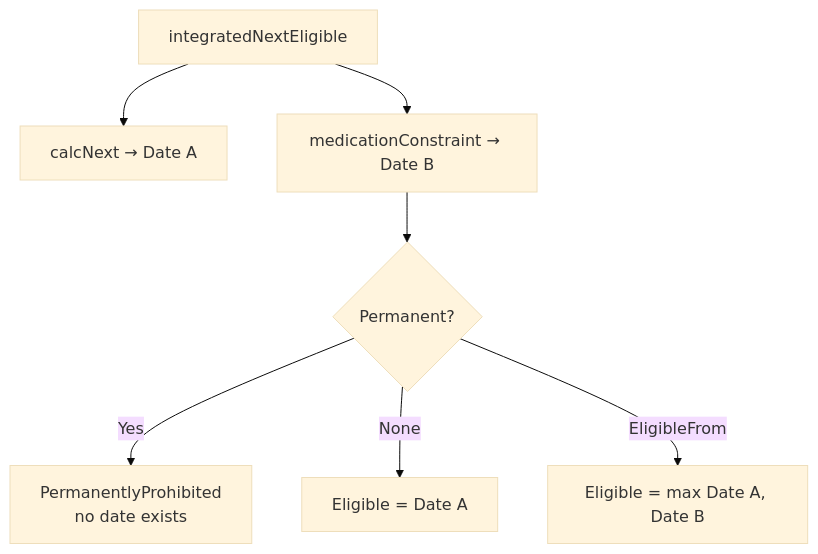
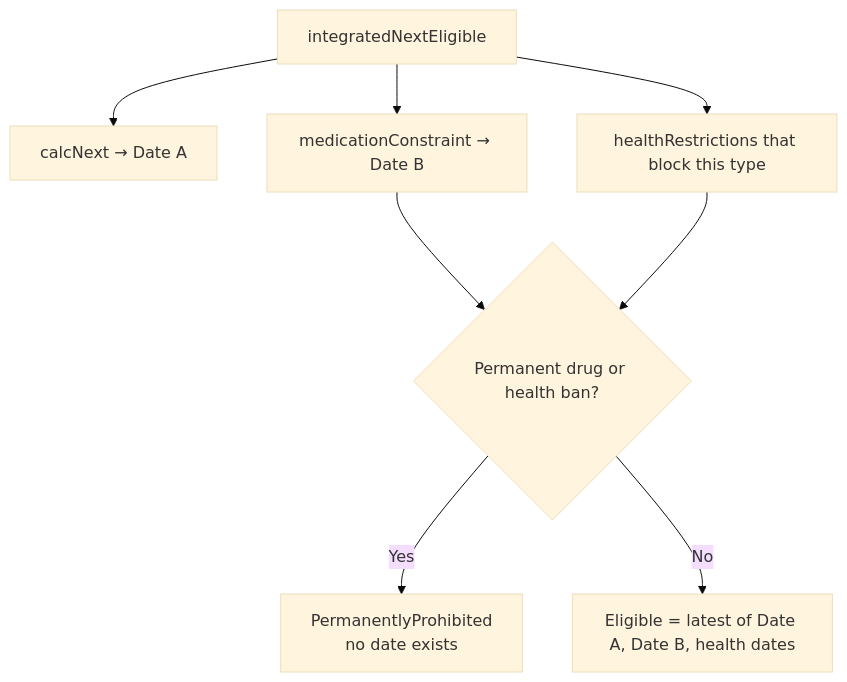
The third of 4 diagrams in docs/TECHNICAL.md (WKD1570/BloodDonationCaculator), drawn with Mermaid (base theme) before and after one commit. The commit also changed other lines of this file, not shown here.

````diff
--- a/docs/TECHNICAL.md
+++ b/docs/TECHNICAL.md
@@ -590,9 +592,10 @@
 ```mermaid
 flowchart TD
     A[integratedNextEligible] --> B[calcNext → Date A]
     A --> C[medicationConstraint → Date B]
-    C --> D{Permanent?}
+    A --> H[healthRestrictions that block this type]
+    C --> D{Permanent drug or health ban?}
+    H --> D
     D -->|Yes| E[PermanentlyProhibited<br/>no date exists]
-    D -->|None| F[Eligible = Date A]
-    D -->|EligibleFrom| G[Eligible = max Date A, Date B]
+    D -->|No| G[Eligible = latest of Date A, Date B, health dates]
 ```
````
